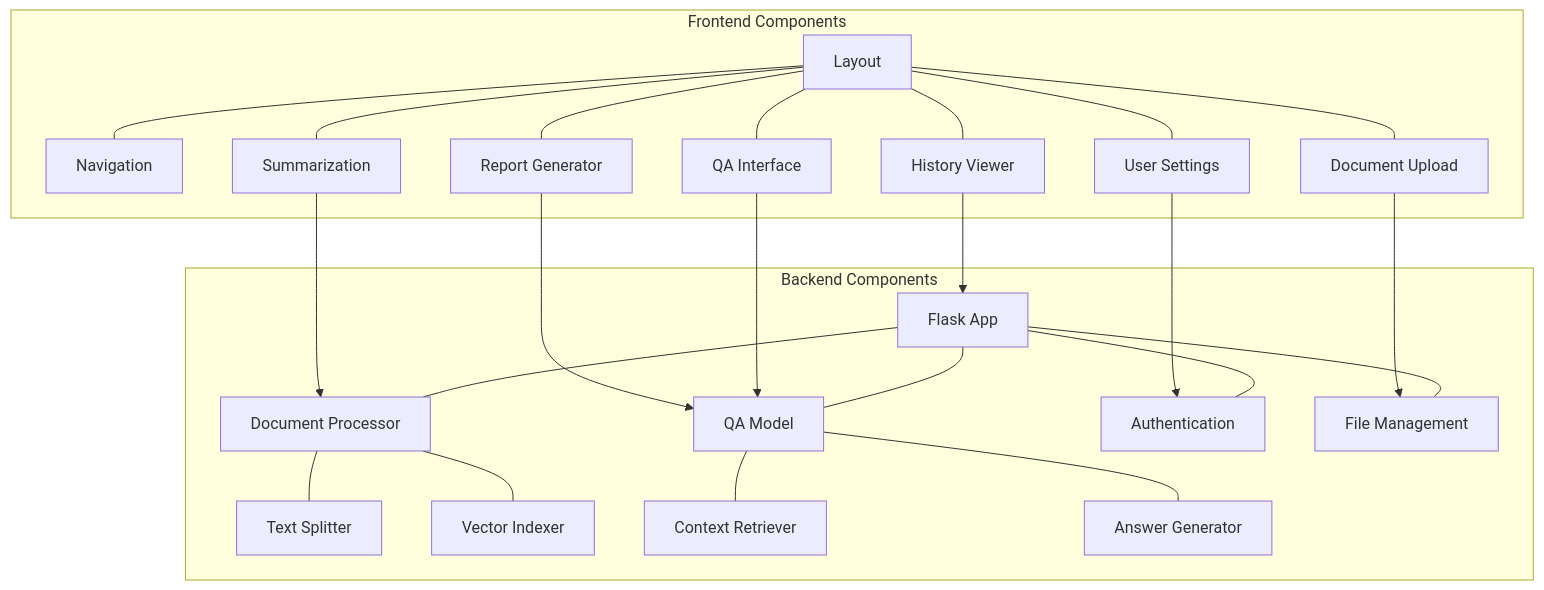
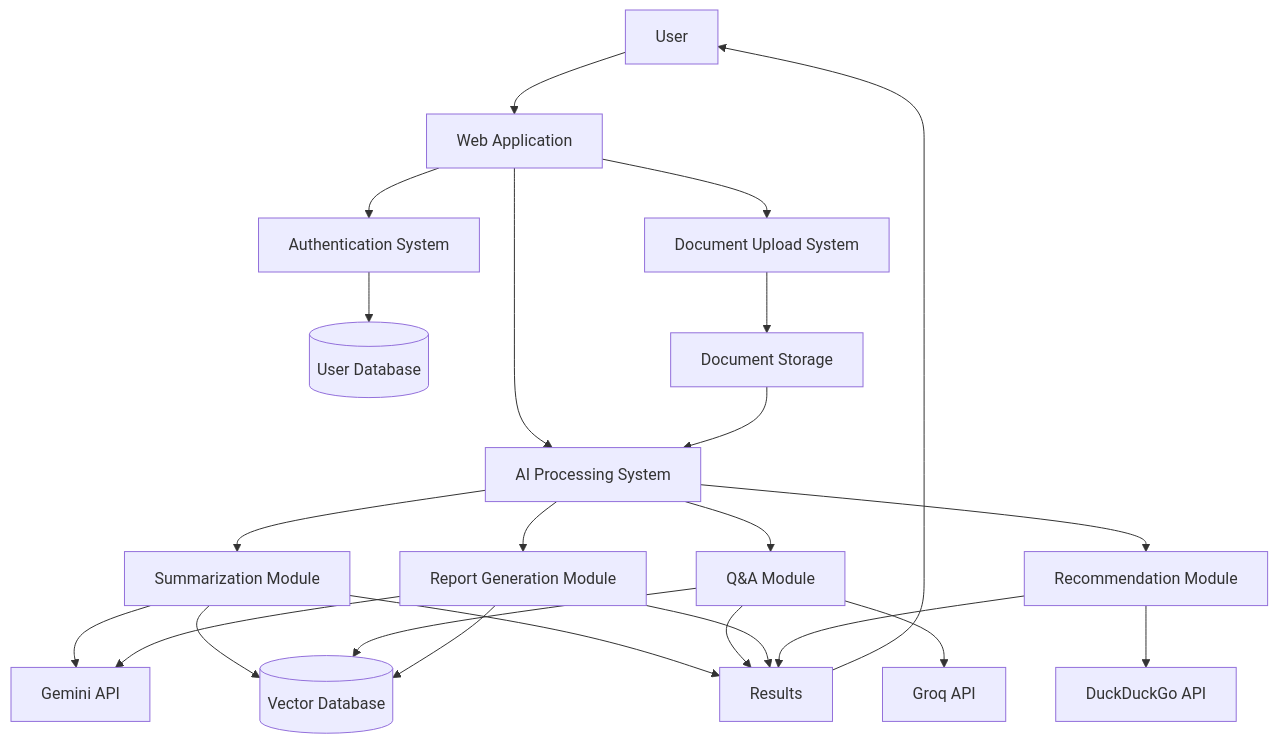
Before and after one commit to PradnyaKarmalkar/AI-Inspired-Research-Tool: the fifth of 9 diagrams in project_analysis.md, drawn with Mermaid. The commit also changed other lines of this file and 152 other files, not shown here.

````diff
--- a/project_analysis.md
+++ b/project_analysis.md
@@ -318,30 +268,34 @@
 ```mermaid
 graph TB
-    subgraph "Frontend Components"
-        F1[Layout] --- F2[Navigation]
-        F1 --- F3[Document Upload]
-        F1 --- F4[QA Interface]
-        F1 --- F5[Summarization]
-        F1 --- F6[Report Generator]
-        F1 --- F7[User Settings]
-        F1 --- F8[History Viewer]
-    end
+    User[User] --> WebApp[Web Application]
     
-    subgraph "Backend Components"
-        B1[Flask App] --- B2[Document Processor]
-        B1 --- B3[QA Model]
-        B1 --- B4[Authentication]
-        B1 --- B5[File Management]
-        B2 --- B6[Text Splitter]
-        B2 --- B7[Vector Indexer]
-        B3 --- B8[Context Retriever]
-        B3 --- B9[Answer Generator]
-    end
+    WebApp --> AuthSystem[Authentication System]
+    WebApp --> UploadSystem[Document Upload System]
+    WebApp --> ProcessingSystem[AI Processing System]
     
-    F3 --> B5
-    F4 --> B3
-    F5 --> B2
-    F6 --> B3
-    F7 --> B4
-    F8 --> B1
+    AuthSystem --> UserDB[(User Database)]
+    
+    UploadSystem --> Storage[Document Storage]
+    Storage --> ProcessingSystem
+    
+    ProcessingSystem --> SumModule[Summarization Module]
+    ProcessingSystem --> QAModule[Q&A Module]
+    ProcessingSystem --> ReportModule[Report Generation Module]
+    ProcessingSystem --> RecommendModule[Recommendation Module]
+    
+    SumModule --> GeminiAPI[Gemini API]
+    ReportModule --> GeminiAPI
+    QAModule --> GroqAPI[Groq API]
+    RecommendModule --> DDGAPI[DuckDuckGo API]
+    
+    SumModule --> VectorDB[(Vector Database)]
+    QAModule --> VectorDB
+    ReportModule --> VectorDB
+    
+    SumModule --> ResultsToUser[Results]
+    QAModule --> ResultsToUser
+    ReportModule --> ResultsToUser
+    RecommendModule --> ResultsToUser
+    
+    ResultsToUser --> User
 ```
````
